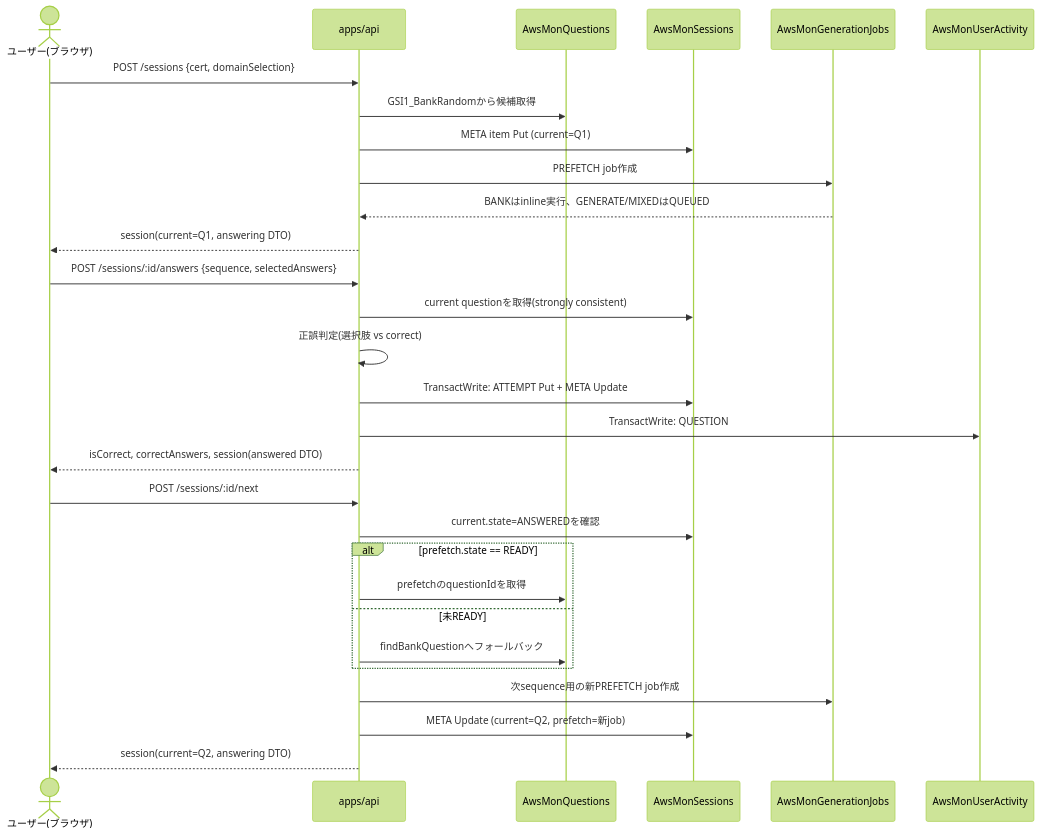
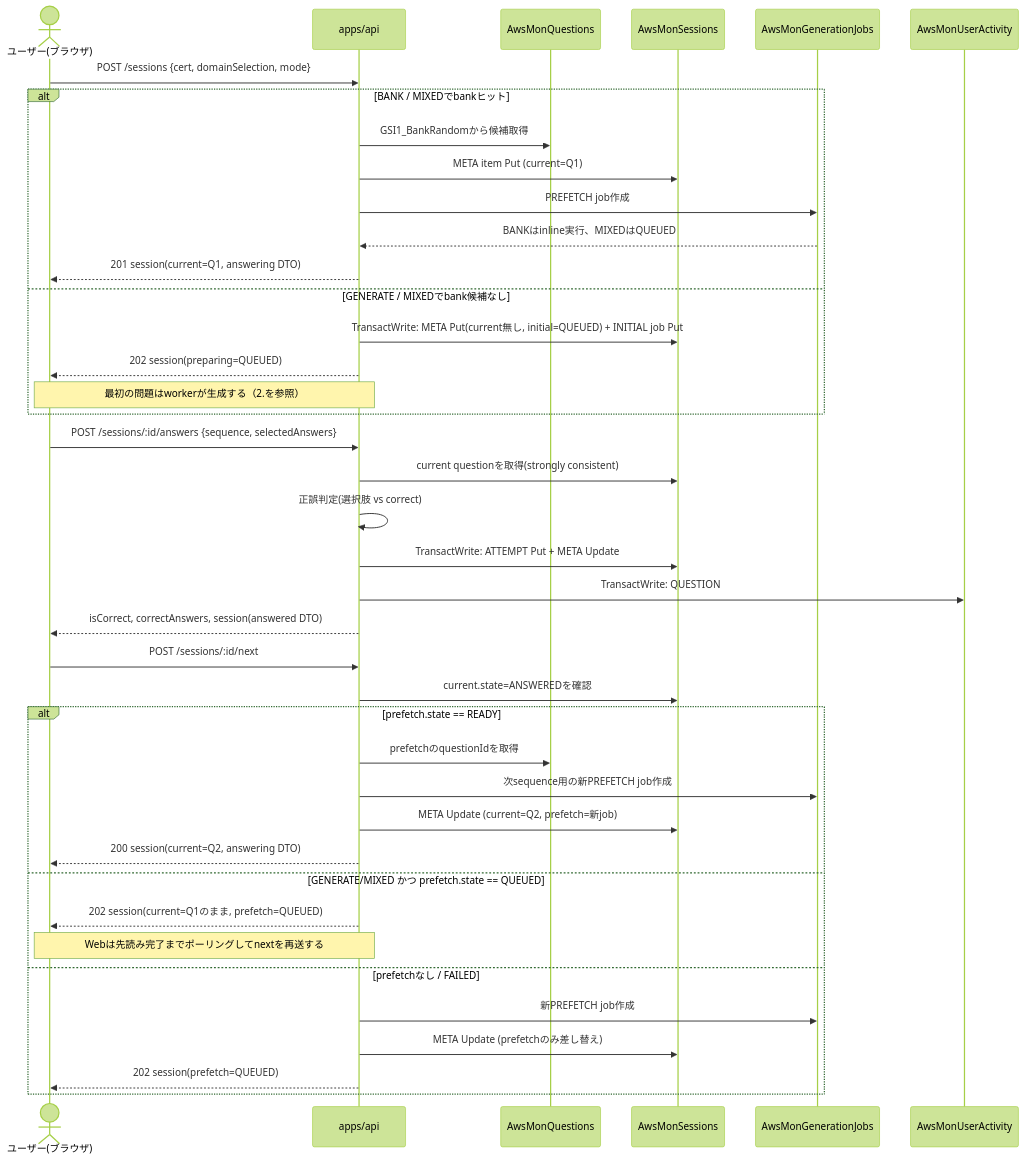
Before and after one commit to yuyumama/AWS-MON: the second of 4 diagrams in docs/architecture.md, drawn with Mermaid (forest theme). The commit also changed other lines of this file and 4 other files, not shown here.

````diff
--- a/docs/architecture.md
+++ b/docs/architecture.md
@@ -82,34 +82,45 @@
 ```mermaid
 sequenceDiagram
     actor U as ユーザー(ブラウザ)
     participant API as apps/api
     participant Q as AwsMonQuestions
     participant S as AwsMonSessions
     participant J as AwsMonGenerationJobs
     participant UA as AwsMonUserActivity
 
-    U->>API: POST /sessions {cert, domainSelection}
-    API->>Q: GSI1_BankRandomから候補取得
-    API->>S: META item Put (current=Q1)
+    U->>API: POST /sessions {cert, domainSelection, mode}
+    alt BANK / MIXEDでbankヒット
+        API->>Q: GSI1_BankRandomから候補取得
+        API->>S: META item Put (current=Q1)
         API->>J: PREFETCH job作成
-        J-->>API: BANKはinline実行、GENERATE/MIXEDはQUEUED
-    API-->>U: session(current=Q1, answering DTO)
+        J-->>API: BANKはinline実行、MIXEDはQUEUED
+        API-->>U: 201 session(current=Q1, answering DTO)
+    else GENERATE / MIXEDでbank候補なし
+        API->>S: TransactWrite: META Put(current無し, initial=QUEUED) + INITIAL job Put
+        API-->>U: 202 session(preparing=QUEUED)
+        Note over U,API: 最初の問題はworkerが生成する（2.を参照）
+    end
 
     U->>API: POST /sessions/:id/answers {sequence, selectedAnswers}
     API->>S: current questionを取得(strongly consistent)
     API->>API: 正誤判定(選択肢 vs correct)
     API->>S: TransactWrite: ATTEMPT Put + META Update
     API->>UA: TransactWrite: QUESTION#/STAT# Update
     API-->>U: isCorrect, correctAnswers, session(answered DTO)
 
     U->>API: POST /sessions/:id/next
     API->>S: current.state=ANSWEREDを確認
     alt prefetch.state == READY
         API->>Q: prefetchのquestionIdを取得
-    else 未READY
-        API->>Q: findBankQuestionへフォールバック
+        API->>J: 次sequence用の新PREFETCH job作成
+        API->>S: META Update (current=Q2, prefetch=新job)
+        API-->>U: 200 session(current=Q2, answering DTO)
+    else GENERATE/MIXED かつ prefetch.state == QUEUED
+        API-->>U: 202 session(current=Q1のまま, prefetch=QUEUED)
+        Note over U,API: Webは先読み完了までポーリングしてnextを再送する
+    else prefetchなし / FAILED
+        API->>J: 新PREFETCH job作成
+        API->>S: META Update (prefetchのみ差し替え)
+        API-->>U: 202 session(prefetch=QUEUED)
     end
-    API->>J: 次sequence用の新PREFETCH job作成
-    API->>S: META Update (current=Q2, prefetch=新job)
-    API-->>U: session(current=Q2, answering DTO)
 ```
````
